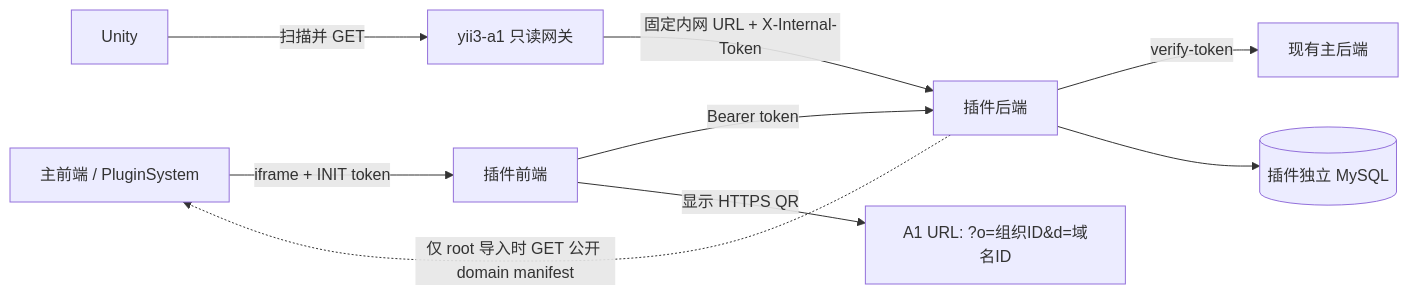
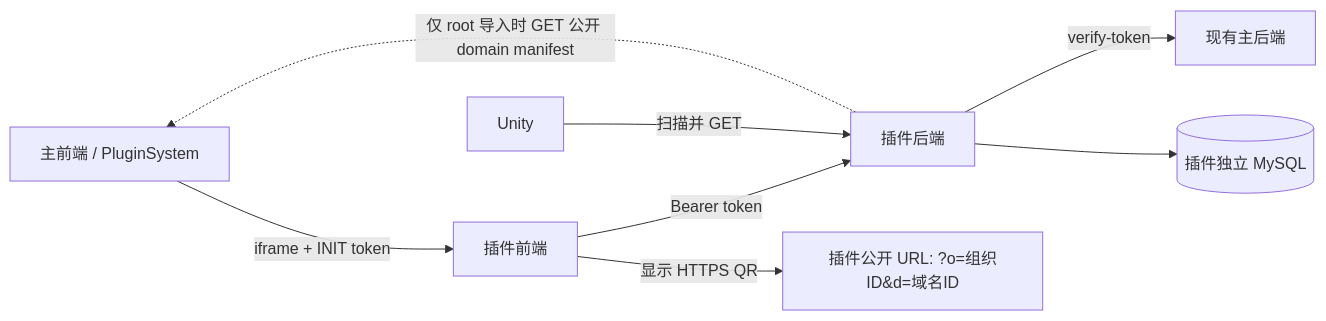
One commit to 7dgame-com/plugin-whitelabel changed the diagram in docs/architecture.md. Above: the diagram before and after it, drawn with Mermaid. The commit also changed other lines of this file and 19 other files, not shown here.

````diff
--- a/docs/architecture.md
+++ b/docs/architecture.md
@@ -20,11 +20,10 @@
 ```mermaid
 flowchart LR
     Host["主前端 / PluginSystem"] -->|"iframe + INIT token"| UI["插件前端"]
     UI -->|"Bearer token"| API["插件后端"]
     API -.->|"仅 root 导入时 GET 公开 domain manifest"| Host
     API -->|"verify-token"| Main["现有主后端"]
     API --> DB[("插件独立 MySQL")]
-    UI -->|"显示 HTTPS QR"| QR["A1 URL: ?o=组织ID&d=域名ID"]
-    Unity["Unity"] -->|"扫描并 GET"| A1["yii3-a1 只读网关"]
-    A1 -->|"固定内网 URL + X-Internal-Token"| API
+    UI -->|"显示 HTTPS QR"| QR["插件公开 URL: ?o=组织ID&d=域名ID"]
+    Unity["Unity"] -->|"扫描并 GET"| API
 ```
````
